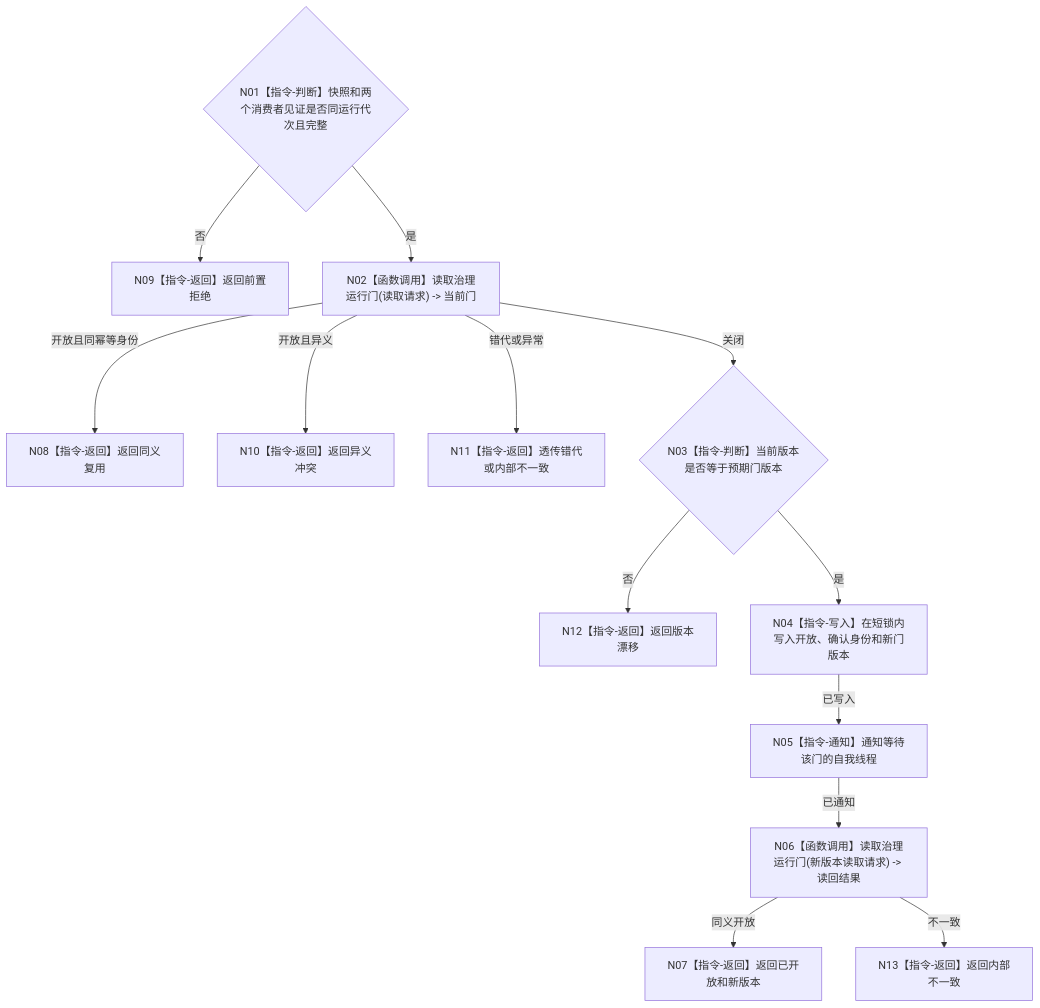
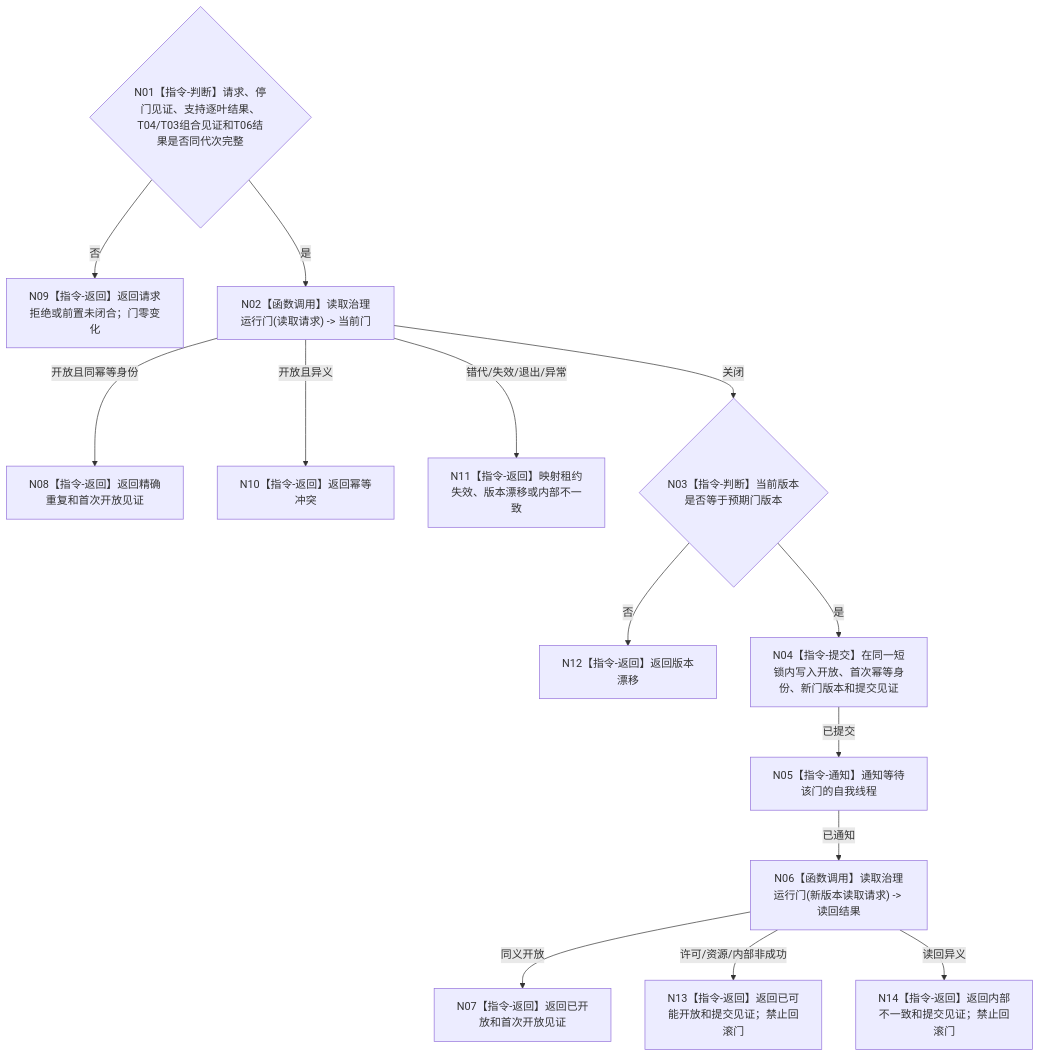
Before and after one commit to chunhaizh-cyber/HY-Ego: the diagram in 流程图/目标业务流程图/L3/BIZ-L3-001-08-02_确认自我治理运行门_目标函数流程图_v0.1.md, drawn with Mermaid. The commit also changed other lines of this file and 16 other files, not shown here.

````diff
--- a/流程图/目标业务流程图/L3/BIZ-L3-001-08-02_确认自我治理运行门_目标函数流程图_v0.1.md
+++ b/流程图/目标业务流程图/L3/BIZ-L3-001-08-02_确认自我治理运行门_目标函数流程图_v0.1.md
@@ -30,15 +30,16 @@
 ```mermaid
 flowchart TD
-    N01{"N01【指令-判断】快照和两个消费者见证是否同运行代次且完整"} -->|否| N09["N09【指令-返回】返回前置拒绝"]
+    N01{"N01【指令-判断】请求、停门见证、支持逐叶结果、T04/T03组合见证和T06结果是否同代次完整"} -->|否| N09["N09【指令-返回】返回请求拒绝或前置未闭合；门零变化"]
     N01 -->|是| N02["N02【函数调用】读取治理运行门(读取请求) -> 当前门"]
-    N02 -->|开放且同幂等身份| N08["N08【指令-返回】返回同义复用"]
-    N02 -->|开放且异义| N10["N10【指令-返回】返回异义冲突"]
-    N02 -->|错代或异常| N11["N11【指令-返回】透传错代或内部不一致"]
+    N02 -->|开放且同幂等身份| N08["N08【指令-返回】返回精确重复和首次开放见证"]
+    N02 -->|开放且异义| N10["N10【指令-返回】返回幂等冲突"]
+    N02 -->|错代/失效/退出/异常| N11["N11【指令-返回】映射租约失效、版本漂移或内部不一致"]
     N02 -->|关闭| N03{"N03【指令-判断】当前版本是否等于预期门版本"}
     N03 -->|否| N12["N12【指令-返回】返回版本漂移"]
-    N03 -->|是| N04["N04【指令-写入】在短锁内写入开放、确认身份和新门版本"]
-    N04 -->|已写入| N05["N05【指令-通知】通知等待该门的自我线程"]
+    N03 -->|是| N04["N04【指令-提交】在同一短锁内写入开放、首次幂等身份、新门版本和提交见证"]
+    N04 -->|已提交| N05["N05【指令-通知】通知等待该门的自我线程"]
     N05 -->|已通知| N06["N06【函数调用】读取治理运行门(新版本读取请求) -> 读回结果"]
-    N06 -->|同义开放| N07["N07【指令-返回】返回已开放和新版本"]
-    N06 -->|不一致| N13["N13【指令-返回】返回内部不一致"]
+    N06 -->|同义开放| N07["N07【指令-返回】返回已开放和首次开放见证"]
+    N06 -->|许可/资源/内部非成功| N13["N13【指令-返回】返回已可能开放和提交见证；禁止回滚门"]
+    N06 -->|读回异义| N14["N14【指令-返回】返回内部不一致和提交见证；禁止回滚门"]
 ```
````
